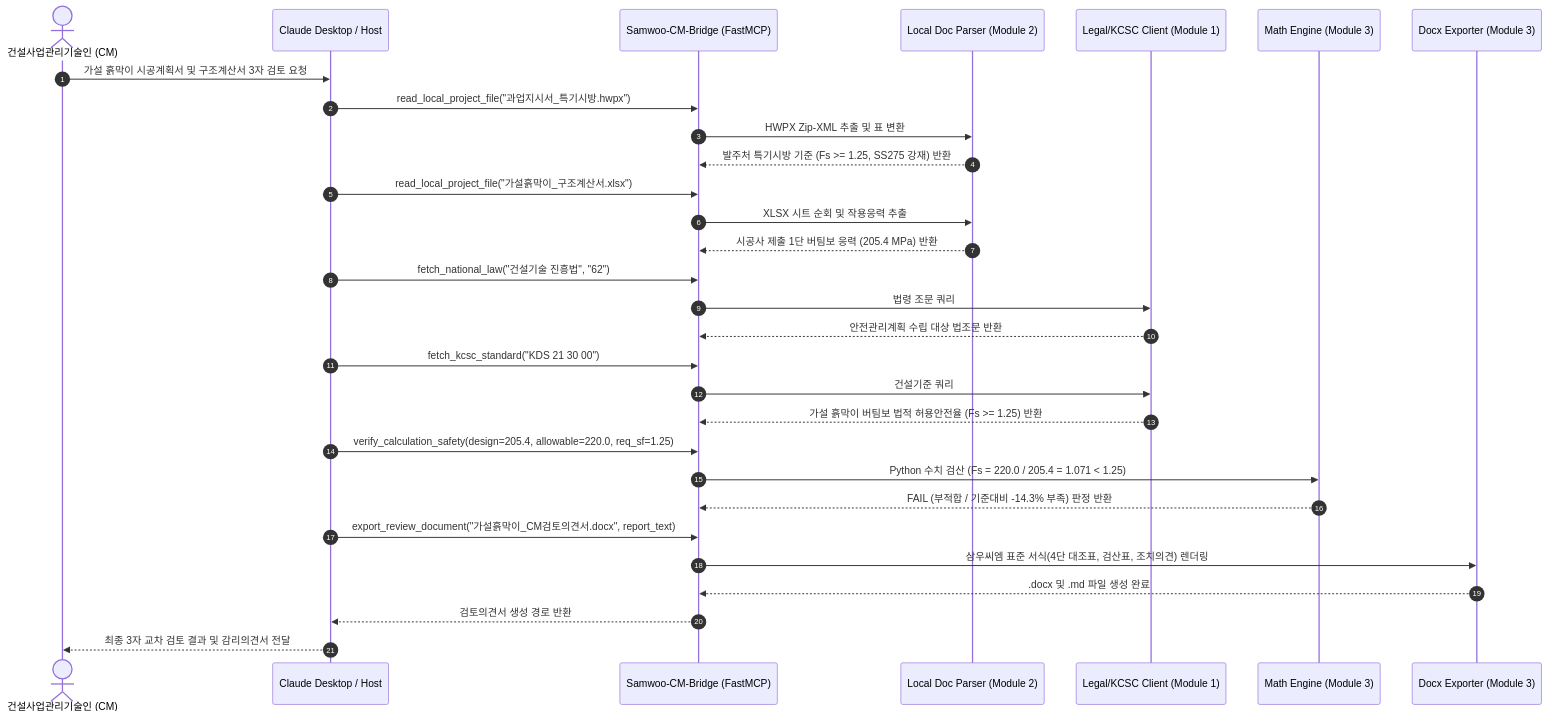
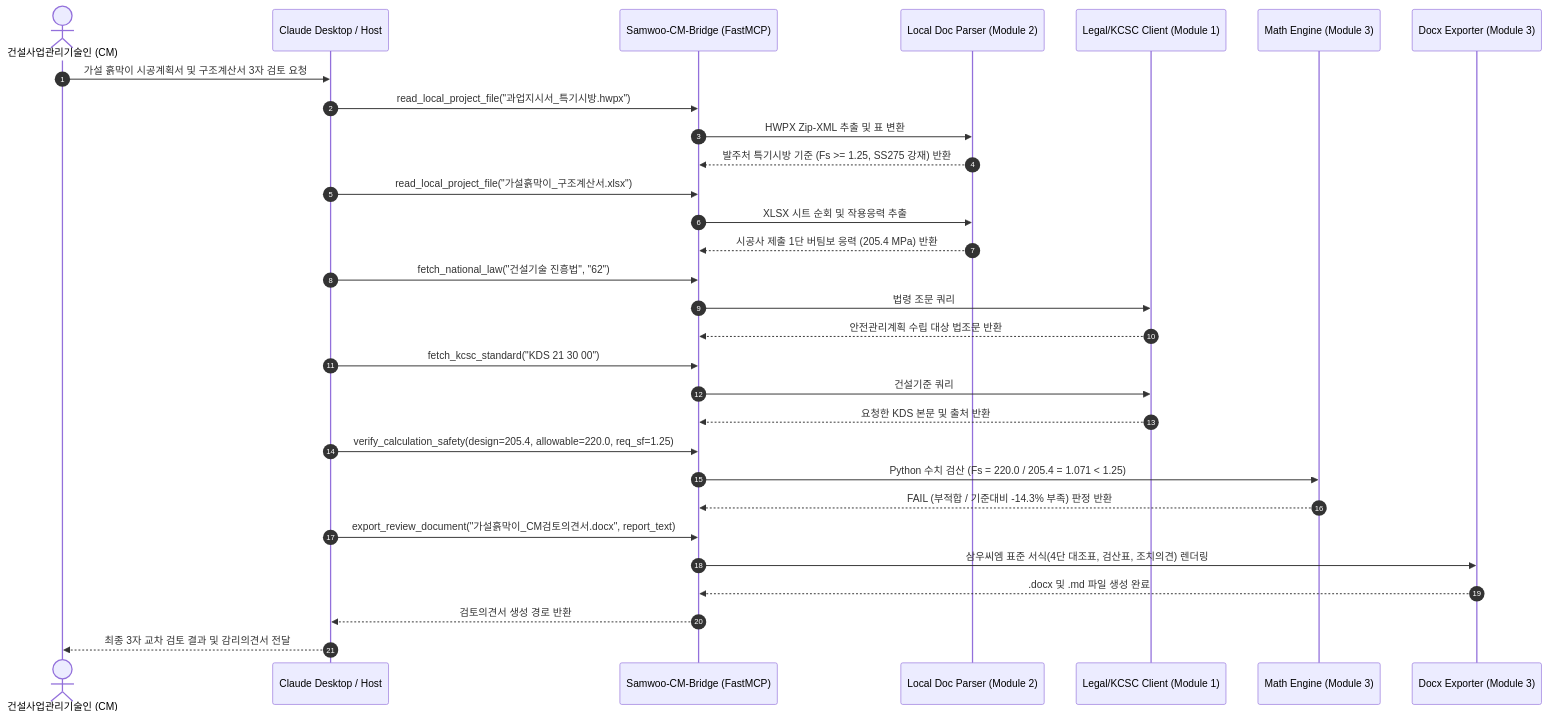
Before and after one commit to SkillfulBasher1/construct-cm-bridge: the diagram in ARCHITECTURE.md, drawn with Mermaid. The commit also changed other lines of this file and 87 other files, not shown here.

````diff
--- a/ARCHITECTURE.md
+++ b/ARCHITECTURE.md
@@ -54,38 +54,38 @@
 ```mermaid
 sequenceDiagram
     autonumber
     actor CM as 건설사업관리기술인 (CM)
     participant Host as Claude Desktop / Host
     participant MCP as Samwoo-CM-Bridge (FastMCP)
     participant Parser as Local Doc Parser (Module 2)
     participant API as Legal/KCSC Client (Module 1)
     participant Math as Math Engine (Module 3)
     participant Exp as Docx Exporter (Module 3)
 
     CM->>Host: 가설 흙막이 시공계획서 및 구조계산서 3자 검토 요청
     Host->>MCP: read_local_project_file("과업지시서_특기시방.hwpx")
     MCP->>Parser: HWPX Zip-XML 추출 및 표 변환
     Parser-->>MCP: 발주처 특기시방 기준 (Fs >= 1.25, SS275 강재) 반환
     
     Host->>MCP: read_local_project_file("가설흙막이_구조계산서.xlsx")
     MCP->>Parser: XLSX 시트 순회 및 작용응력 추출
     Parser-->>MCP: 시공사 제출 1단 버팀보 응력 (205.4 MPa) 반환
 
     Host->>MCP: fetch_national_law("건설기술 진흥법", "62")
     MCP->>API: 법령 조문 쿼리
     API-->>MCP: 안전관리계획 수립 대상 법조문 반환
 
     Host->>MCP: fetch_kcsc_standard("KDS 21 30 00")
     MCP->>API: 건설기준 쿼리
-    API-->>MCP: 가설 흙막이 버팀보 법적 허용안전율 (Fs >= 1.25) 반환
+    API-->>MCP: 요청한 KDS 본문 및 출처 반환
 
     Host->>MCP: verify_calculation_safety(design=205.4, allowable=220.0, req_sf=1.25)
     MCP->>Math: Python 수치 검산 (Fs = 220.0 / 205.4 = 1.071 < 1.25)
     Math-->>MCP: FAIL (부적합 / 기준대비 -14.3% 부족) 판정 반환
 
     Host->>MCP: export_review_document("가설흙막이_CM검토의견서.docx", report_text)
     MCP->>Exp: 삼우씨엠 표준 서식(4단 대조표, 검산표, 조치의견) 렌더링
     Exp-->>MCP: .docx 및 .md 파일 생성 완료
     MCP-->>Host: 검토의견서 생성 경로 반환
     Host-->>CM: 최종 3자 교차 검토 결과 및 감리의견서 전달
 ```
````
